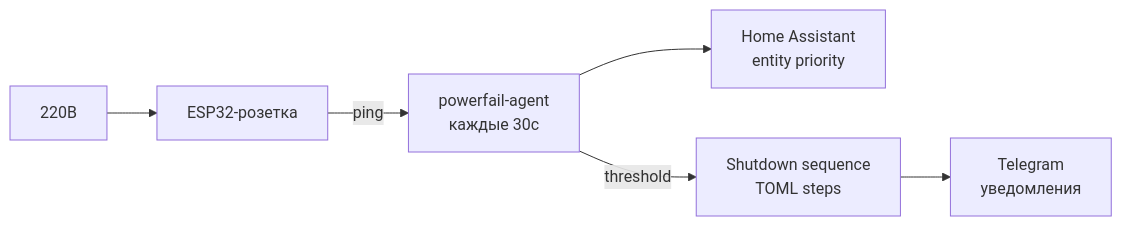
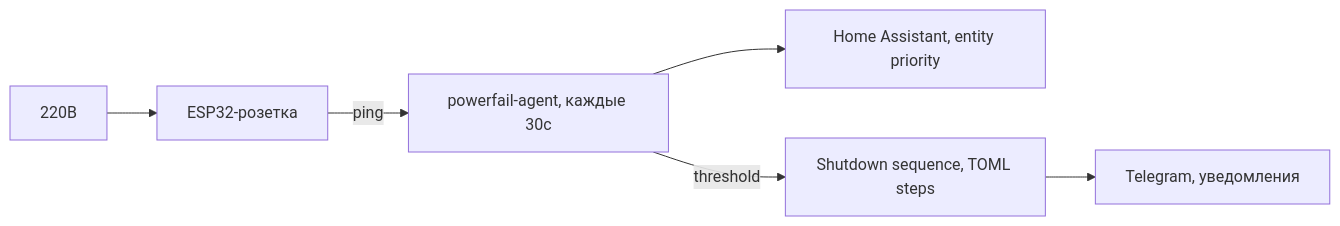
The diagram in README.md (akrhin/powerfail-shutdown), drawn with Mermaid before and after one commit. The commit also changed other lines of this file and 2 other files, not shown here.

````diff
--- a/README.md
+++ b/README.md
@@ -10,8 +10,8 @@
 ```mermaid
 flowchart LR
     220В --> ESP32[ESP32-розетка]
-    ESP32 -- ping --> Agent[powerfail-agent\nкаждые 30с]
-    Agent --> HA[Home Assistant\nentity priority]
-    Agent --> |threshold| Shutdown[Shutdown sequence\nTOML steps]
-    Shutdown --> TG[Telegram\nуведомления]
+    ESP32 -- ping --> Agent[powerfail-agent, каждые 30с]
+    Agent --> HA[Home Assistant, entity priority]
+    Agent --> |threshold| Shutdown[Shutdown sequence, TOML steps]
+    Shutdown --> TG[Telegram, уведомления]
 ```
````
